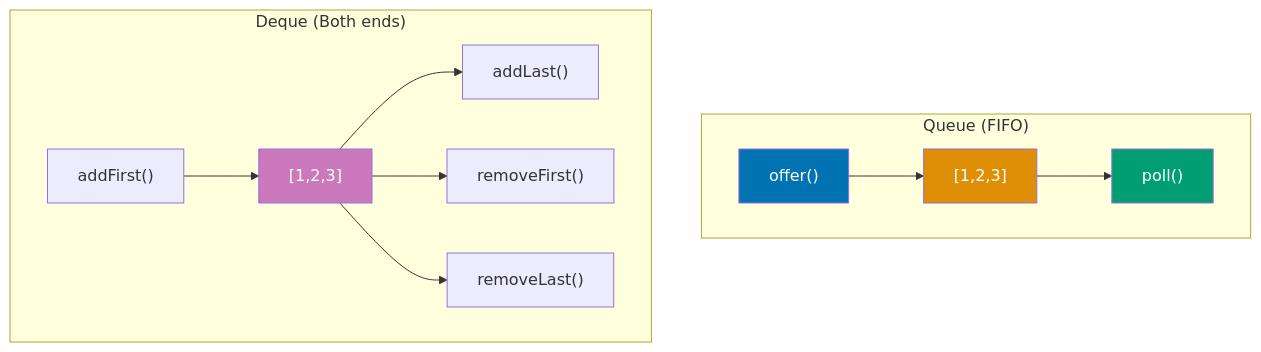
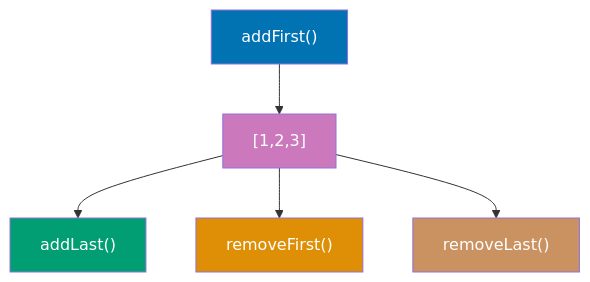
Before and after one commit to wahidyankf/open-sharia-enterprise: the third of 9 diagrams in apps/ayokoding-web/content/en/learn/software-engineering/programming-languages/java/tutorials/by-example/intermediate.md, drawn with Mermaid. The commit also changed other lines of this file and 20 other files, not shown here.

````diff
--- a/apps/ayokoding-web/content/en/learn/software-engineering/programming-languages/java/tutorials/by-example/intermediate.md
+++ b/apps/ayokoding-web/content/en/learn/software-engineering/programming-languages/java/tutorials/by-example/intermediate.md
@@ -1387,18 +1401,14 @@
 ```mermaid
 %% Color Palette: Blue #0173B2, Orange #DE8F05, Teal #029E73, Purple #CC78BC, Brown #CA9161
 graph TD
-    subgraph Queue["Queue #40;FIFO#41;"]
-        Q1["offer#40;#41;"] --> Q2["#91;1,2,3#93;"] --> Q3["poll#40;#41;"]
-    end
+    D1["addFirst#40;#41;"] --> D2["#91;1,2,3#93;"]
+    D2 --> D3["addLast#40;#41;"]
+    D2 --> D4["removeFirst#40;#41;"]
+    D2 --> D5["removeLast#40;#41;"]
 
-    subgraph Deque["Deque #40;Both ends#41;"]
-        D1["addFirst#40;#41;"] --> D2["#91;1,2,3#93;"] --> D3["addLast#40;#41;"]
-        D2 --> D4["removeFirst#40;#41;"]
-        D2 --> D5["removeLast#40;#41;"]
-    end
-
-    style Q1 fill:#0173B2,color:#fff
-    style Q2 fill:#DE8F05,color:#fff
-    style Q3 fill:#029E73,color:#fff
+    style D1 fill:#0173B2,color:#fff
     style D2 fill:#CC78BC,color:#fff
+    style D3 fill:#029E73,color:#fff
+    style D4 fill:#DE8F05,color:#fff
+    style D5 fill:#CA9161,color:#fff
 ```
````
